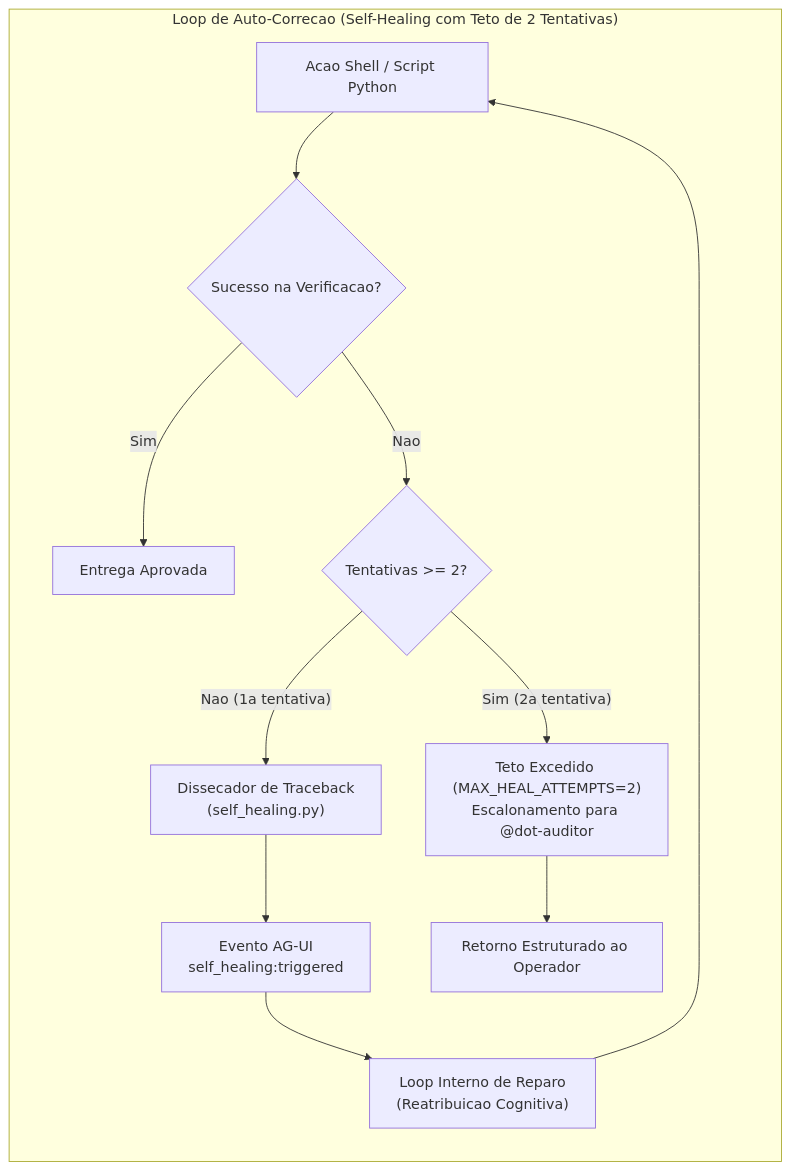
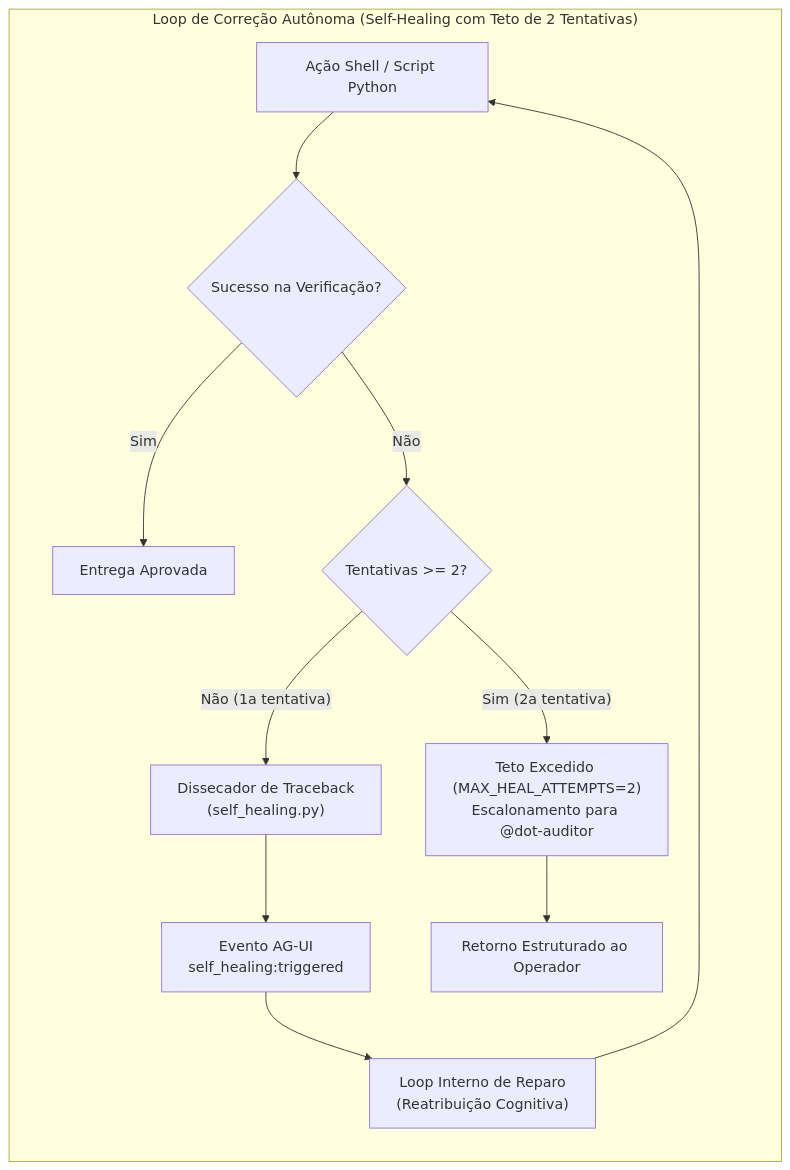
The ninth of 13 diagrams in ARCHITECTURE.md (lyonpamplona/piDots), drawn with Mermaid before and after one commit. The commit also changed other lines of this file and 1 other file, not shown here.

````diff
--- a/ARCHITECTURE.md
+++ b/ARCHITECTURE.md
@@ -716,14 +717,14 @@
 ```mermaid
 flowchart LR
-    subgraph ExecutionLoop["Loop de Auto-Correcao (Self-Healing com Teto de 2 Tentativas)"]
-        Action["Acao Shell / Script Python"] --> Eval{"Sucesso na Verificacao?"}
+    subgraph ExecutionLoop["Loop de Correção Autônoma (Self-Healing com Teto de 2 Tentativas)"]
+        Action["Ação Shell / Script Python"] --> Eval{"Sucesso na Verificação?"}
         Eval -- "Sim" --> Deliver["Entrega Aprovada"]
-        Eval -- "Nao" --> CheckCeiling{"Tentativas >= 2?"}
-        CheckCeiling -- "Nao (1a tentativa)" --> ParseTraceback["Dissecador de Traceback\n(self_healing.py)"]
+        Eval -- "Não" --> CheckCeiling{"Tentativas >= 2?"}
+        CheckCeiling -- "Não (1a tentativa)" --> ParseTraceback["Dissecador de Traceback\n(self_healing.py)"]
         ParseTraceback --> EmitEvent["Evento AG-UI\nself_healing:triggered"]
-        EmitEvent --> Replan["Loop Interno de Reparo\n(Reatribuicao Cognitiva)"]
+        EmitEvent --> Replan["Loop Interno de Reparo\n(Reatribuição Cognitiva)"]
         Replan --> Action
         CheckCeiling -- "Sim (2a tentativa)" --> Escalate["Teto Excedido (MAX_HEAL_ATTEMPTS=2)\nEscalonamento para @dot-auditor"]
         Escalate --> DeliverFail["Retorno Estruturado ao Operador"]
     end
 ```
````
